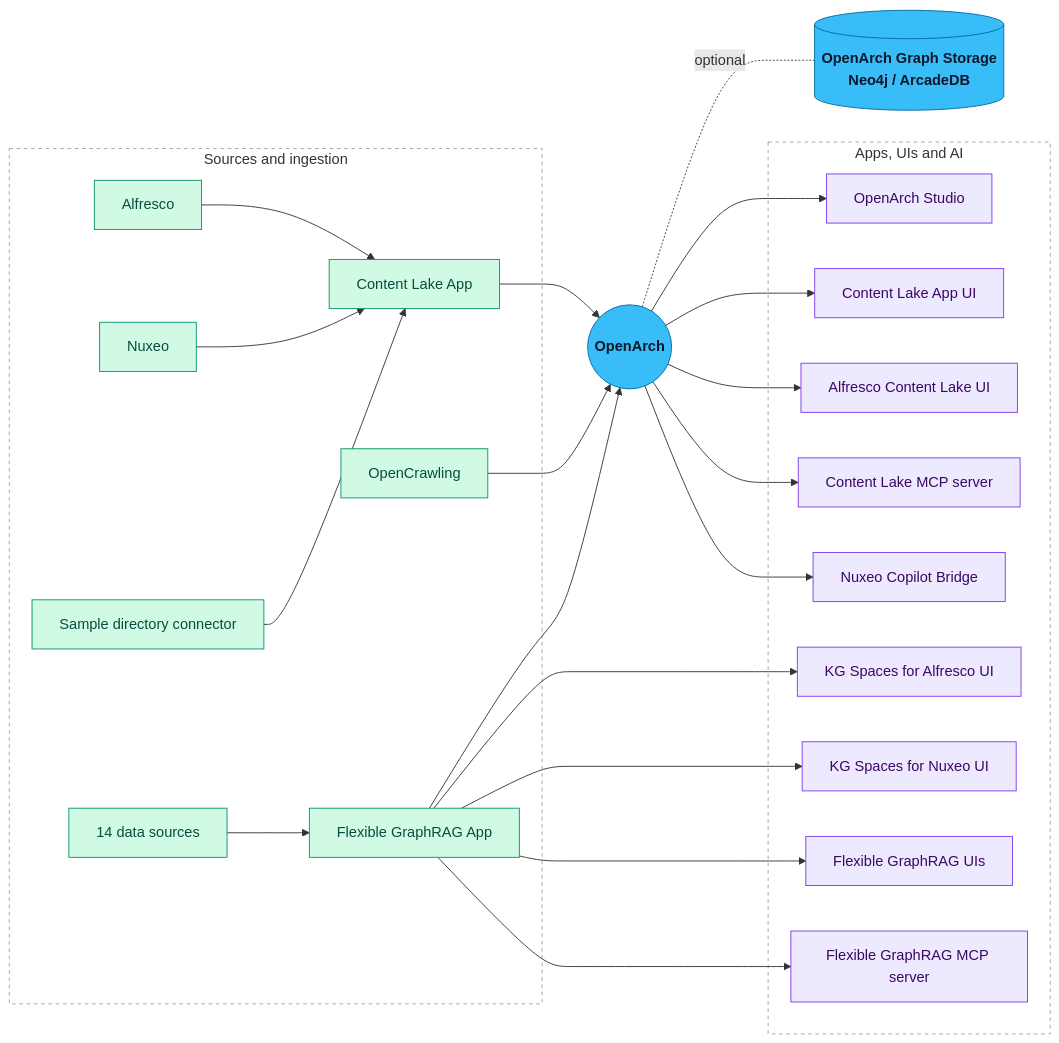
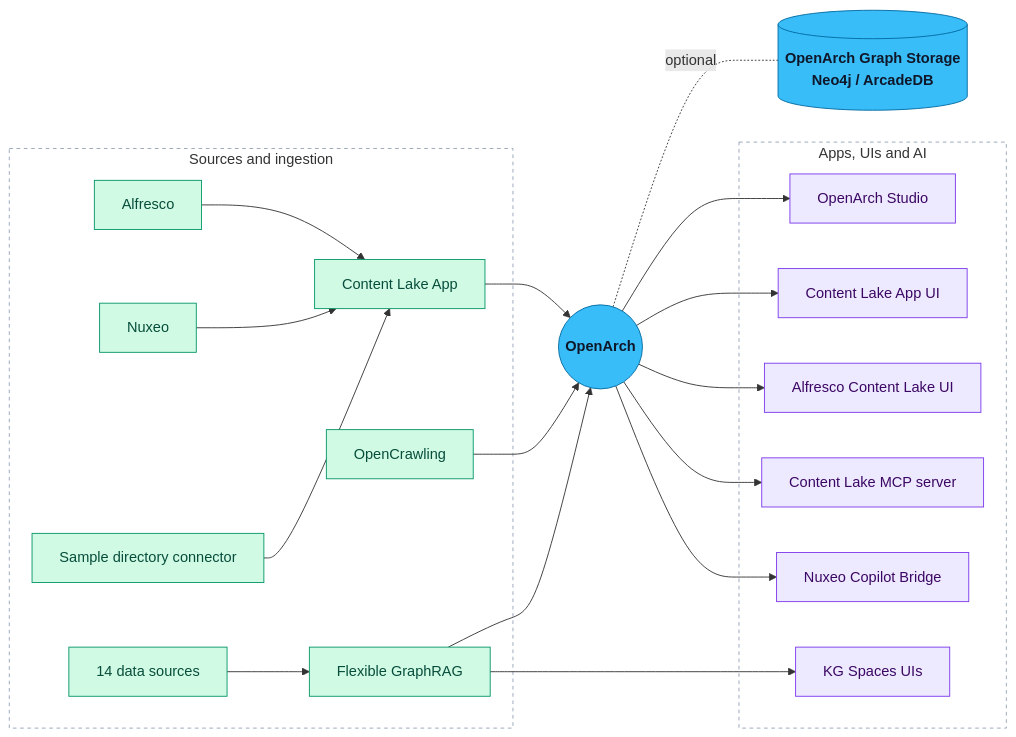
One commit to AlfrescoLabs/awesome-openarch changed the diagram in README.md. Above: the diagram before and after it, drawn with Mermaid. The commit also changed other lines of this file, not shown here.

````diff
--- a/README.md
+++ b/README.md
@@ -57,70 +57,61 @@
 ```mermaid
 graph LR
     subgraph Sources["Sources and ingestion"]
         ACS[Alfresco]
         NUX[Nuxeo]
         CLA[Content Lake App]
         OC[OpenCrawling]
         SDC[Sample directory connector]
         DS14[14 data sources]
-        FGA[Flexible GraphRAG App]
+        FGA[Flexible GraphRAG]
     end
 
     OA((OpenArch))
     GS[(OpenArch Graph Storage<br/>Neo4j / ArcadeDB)]
 
     subgraph Apps["Apps, UIs and AI"]
         STU[OpenArch Studio]
         CLUI[Content Lake App UI]
         ACLUI[Alfresco Content Lake UI]
         MCP[Content Lake MCP server]
         NCB[Nuxeo Copilot Bridge]
-        KGA[KG Spaces for Alfresco UI]
-        KGN[KG Spaces for Nuxeo UI]
-        FGUI[Flexible GraphRAG UIs]
-        FGMCP[Flexible GraphRAG MCP server]
+        KGS[KG Spaces UIs]
     end
 
     ACS --> CLA
     NUX --> CLA
     CLA --> OA
     OC --> OA
     SDC --> CLA
     DS14 --> FGA
     FGA --> OA
     OA -. optional .- GS
     OA --> STU
     OA --> CLUI
     OA --> ACLUI
     OA --> MCP
     OA --> NCB
-    FGA --> KGA
-    FGA --> KGN
-    FGA --> FGUI
-    FGA --> FGMCP
+    FGA --> KGS
 
     click CLA "https://github.com/AlfrescoLabs/content-lake-app"
     click OC "https://github.com/opencrawling/opencrawling"
     click SDC "https://github.com/AlfrescoLabs/content-lake-app/tree/main/plugins/examples/sample-directory-connector"
     click FGA "https://github.com/stevereiner/flexible-graphrag"
     click OA "https://github.com/Hyland/OpenArch"
     click GS "https://github.com/stevereiner/openarch-graph-storage"
     click STU "https://github.com/haaldinger/openarch-studio"
     click CLUI "https://github.com/AlfrescoLabs/content-lake-app-ui"
     click ACLUI "https://github.com/AlfrescoLabs/alfresco-content-lake-ui"
     click MCP "https://github.com/AlfrescoLabs/content-lake-app"
     click NCB "https://www.prime-force.com"
-    click KGA "https://github.com/stevereiner/kg-spaces-aca"
-    click KGN "https://github.com/stevereiner/kg-spaces-nuxeo"
-    click FGUI "https://github.com/stevereiner/flexible-graphrag"
-    click FGMCP "https://github.com/stevereiner/flexible-graphrag"
+    click KGS "https://github.com/stevereiner/kg-spaces-aca"
 
     classDef source fill:#d1fae5,stroke:#059669,color:#064e3b
     classDef core fill:#38bdf8,stroke:#0369a1,color:#0f172a,font-weight:bold
     classDef app fill:#ede9fe,stroke:#7c3aed,color:#3b0764
     class ACS,NUX,CLA,OC,SDC,DS14,FGA source
     class OA,GS core
-    class STU,CLUI,ACLUI,MCP,NCB,KGA,KGN,FGUI,FGMCP app
+    class STU,CLUI,ACLUI,MCP,NCB,KGS app
     style Sources fill:transparent,stroke:#94a3b8,stroke-dasharray:4 4
     style Apps fill:transparent,stroke:#94a3b8,stroke-dasharray:4 4
 ```
````
